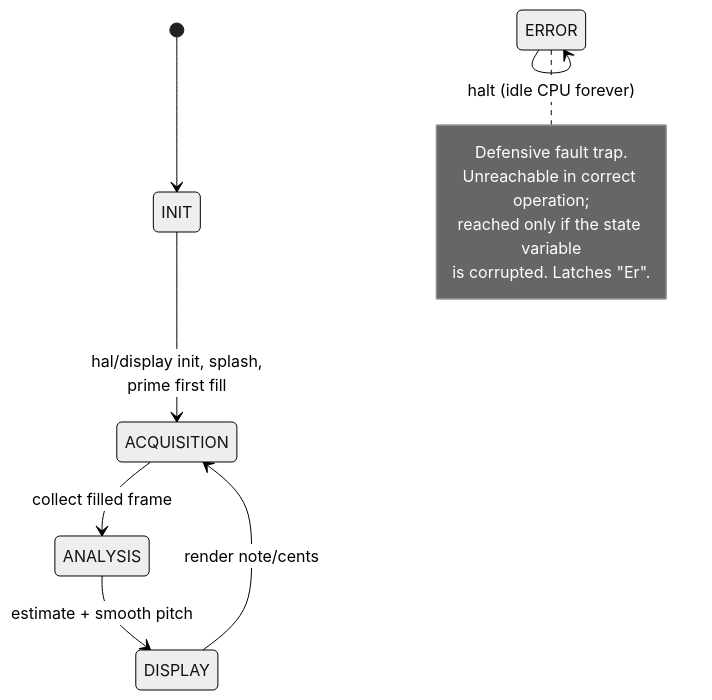
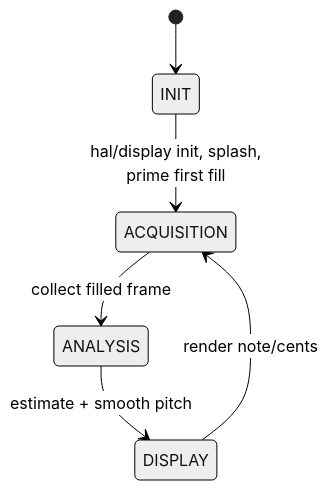
One commit to dwzg/Tuna changed the first of 2 diagrams in docs/architecture.md. Above: the diagram before and after it, drawn with Mermaid (neutral theme). The commit also changed other lines of this file and 3 other files, not shown here.

````diff
--- a/docs/architecture.md
+++ b/docs/architecture.md
@@ -31,15 +31,8 @@
 ```mermaid
 stateDiagram-v2
     [*] --> INIT
     INIT --> ACQUISITION: hal/display init, splash,<br/>prime first fill
     ACQUISITION --> ANALYSIS: collect filled frame
     ANALYSIS --> DISPLAY: estimate + smooth pitch
     DISPLAY --> ACQUISITION: render note/cents
-    ERROR --> ERROR: halt (idle CPU forever)
-    note right of ERROR
-        Defensive fault trap.
-        Unreachable in correct operation;
-        reached only if the state variable
-        is corrupted. Latches "Er".
-    end note
 ```
````
